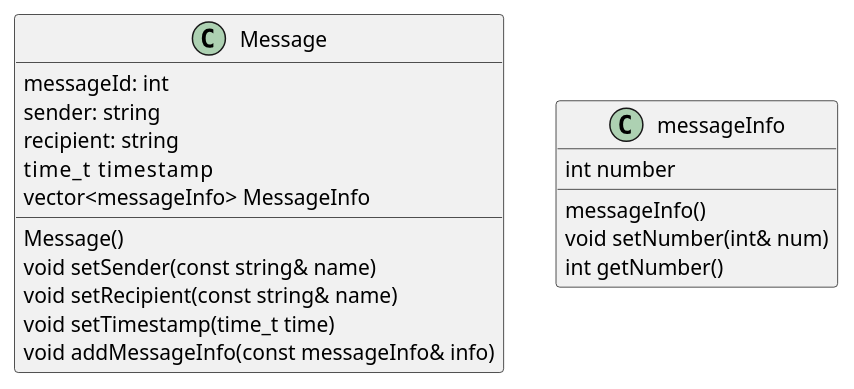
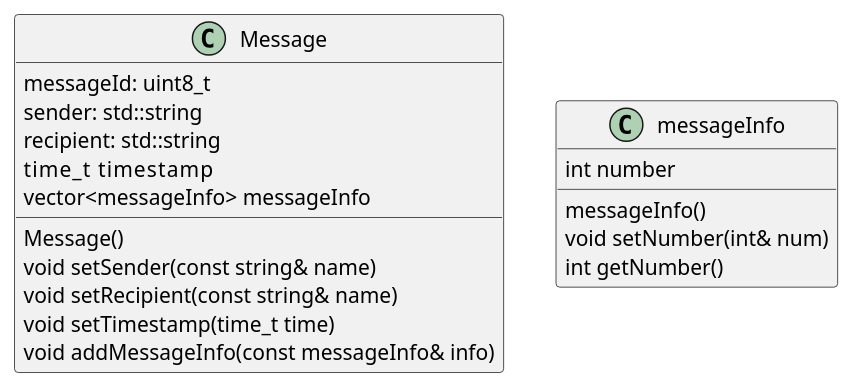
One commit to aim-ntanson/Message_lib changed the first of 3 diagrams in Document/Class-Diagram.md. Above: the diagram before and after it, drawn with PlantUML. The commit also changed 2 other files, not shown here.

Commit message:
[IMPL] implement message info

````diff
--- a/Document/Class-Diagram.md
+++ b/Document/Class-Diagram.md
@@ -3,23 +3,23 @@
 ```plantuml
 class Message {
-  messageId: int
-  sender: string
-  recipient: string
+  messageId: uint8_t
+  sender: std::string
+  recipient: std::string
   time_t    timestamp
-  vector<messageInfo> MessageInfo
+  vector<messageInfo> messageInfo
   
   Message()
   void setSender(const string& name)
   void setRecipient(const string& name)
   void setTimestamp(time_t time)
   void addMessageInfo(const messageInfo& info)
 }
 class messageInfo {
    int number
    
    messageInfo()
    void setNumber(int& num)
    int getNumber()
 }
 
 ```
````
